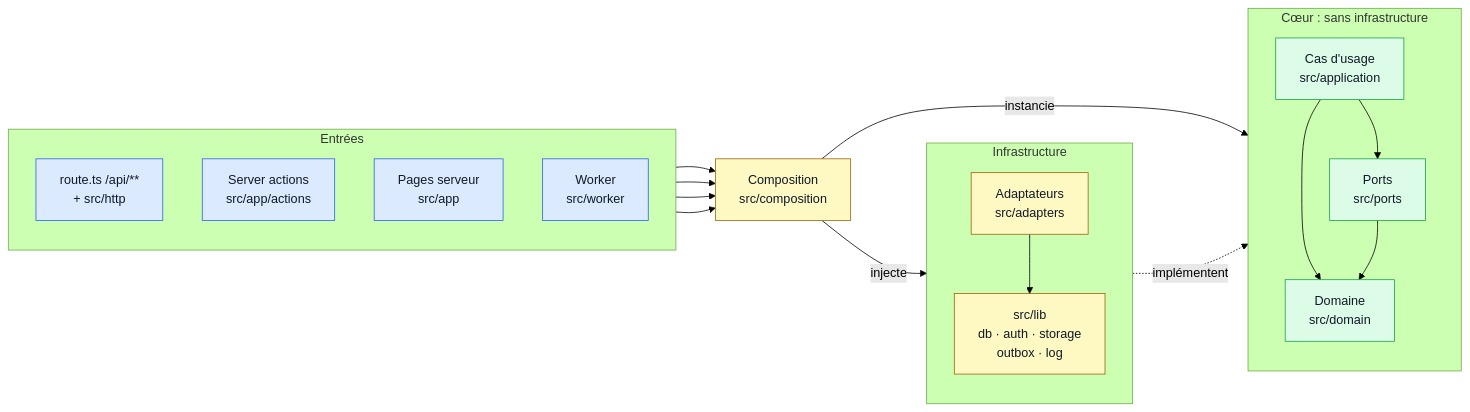
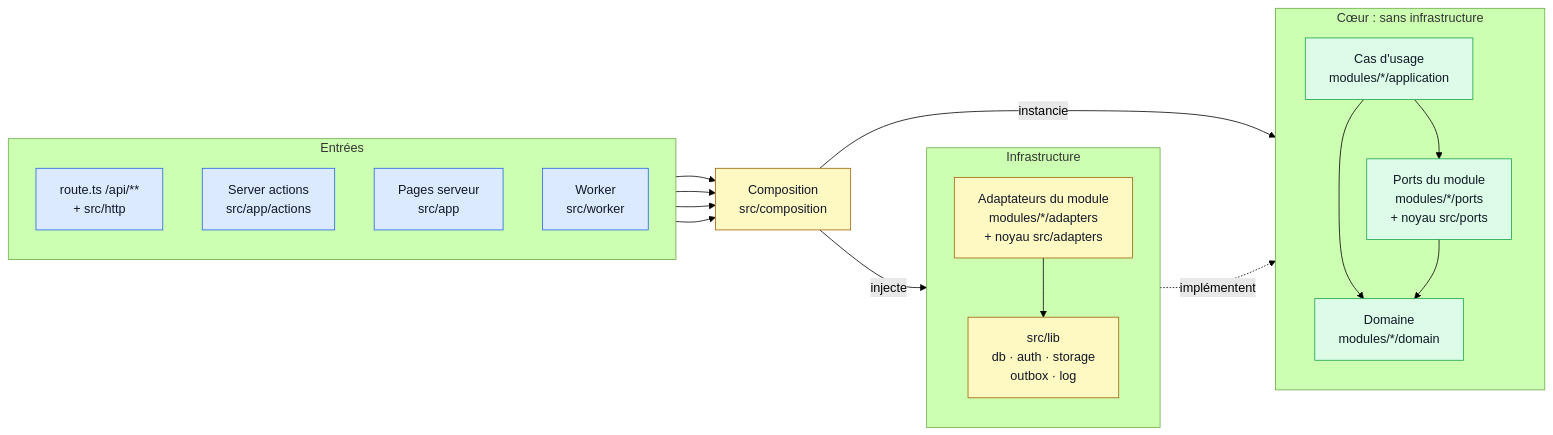
Before and after one commit to 2-MORGAN/expense-io: the diagram in docs/architecture/vues/hexagone.mmd, drawn with Mermaid (forest theme). The commit also changed 76 other files, not shown here.

Commit message:
refactor(modules): ports et adaptateurs par module, noyau partagé minimal

```diff
--- a/docs/architecture/vues/hexagone.mmd
+++ b/docs/architecture/vues/hexagone.mmd
@@ -1,42 +1,42 @@
 flowchart LR
   %% Vue écrite à la main : la modifier ici, npm run generate:architecture la recopie dans docs/index.html.
   %% À tenir à jour avec le code (CLAUDE.md, « Documentation développeur »).
 
   subgraph sgEntrees["Entrées"]
     direction TB
     routes["route.ts /api/**<br/>+ src/http"]
     actions["Server actions<br/>src/app/actions"]
     serverPages["Pages serveur<br/>src/app"]
     worker["Worker<br/>src/worker"]
   end
 
   composition["Composition<br/>src/composition"]
 
   subgraph sgCoeur["Cœur : sans infrastructure"]
     direction TB
-    usecases["Cas d'usage<br/>src/application"]
-    ports["Ports<br/>src/ports"]
-    domain["Domaine<br/>src/domain"]
+    usecases["Cas d'usage<br/>modules/*/application"]
+    ports["Ports du module<br/>modules/*/ports<br/>+ noyau src/ports"]
+    domain["Domaine<br/>modules/*/domain"]
   end
 
   subgraph sgInfra["Infrastructure"]
     direction TB
-    adapters["Adaptateurs<br/>src/adapters"]
+    adapters["Adaptateurs du module<br/>modules/*/adapters<br/>+ noyau src/adapters"]
     lib["src/lib<br/>db · auth · storage<br/>outbox · log"]
   end
 
   routes & actions & serverPages & worker --> composition
   composition -->|"instancie"| usecases
   composition -->|"injecte"| adapters
   usecases --> ports
   usecases --> domain
   ports --> domain
   adapters -.->|"implémentent"| ports
   adapters --> lib
 
   classDef entree fill:#dbeafe,stroke:#2563eb,color:#111827
   classDef coeur fill:#dcfce7,stroke:#16a34a,color:#111827
   classDef infra fill:#fef9c3,stroke:#a16207,color:#111827
   class routes,actions,serverPages,worker entree
   class usecases,domain,ports coeur
   class composition,adapters,lib infra
```
